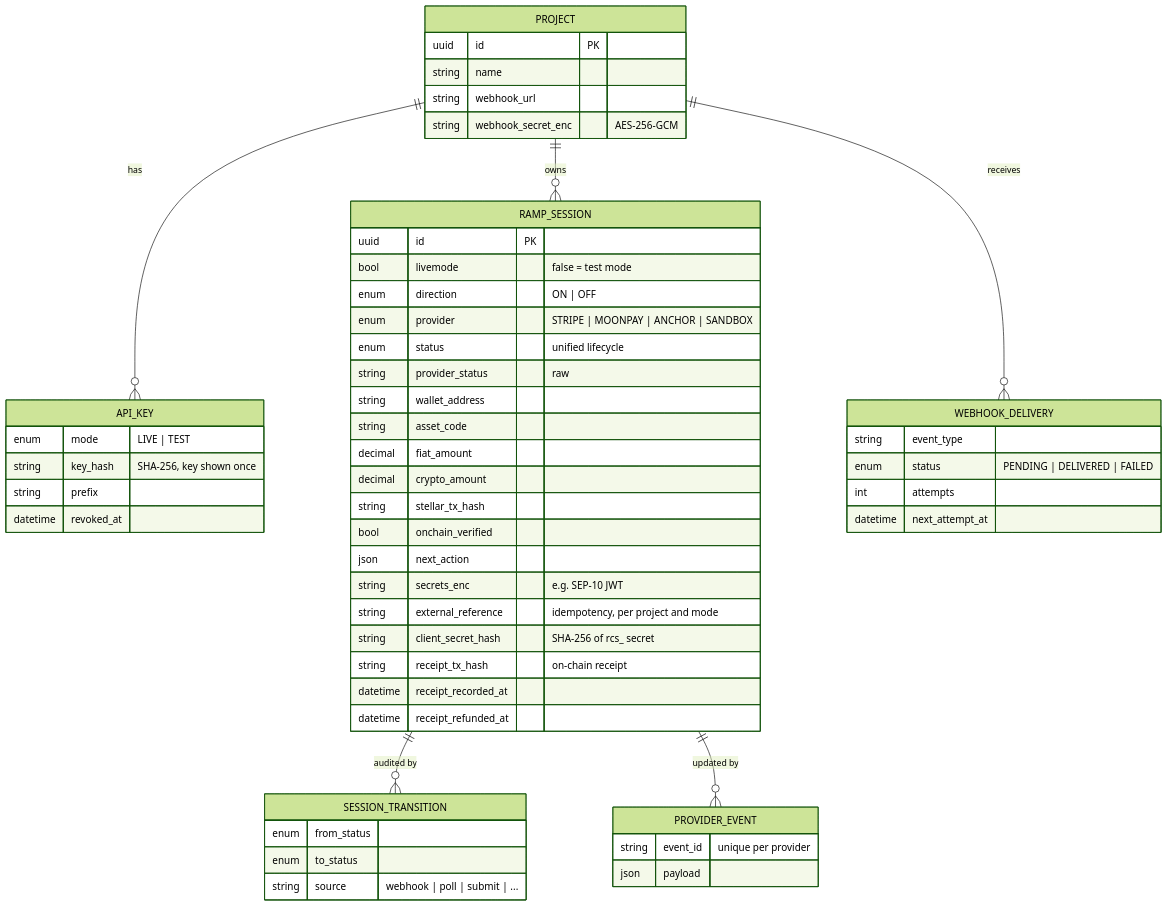
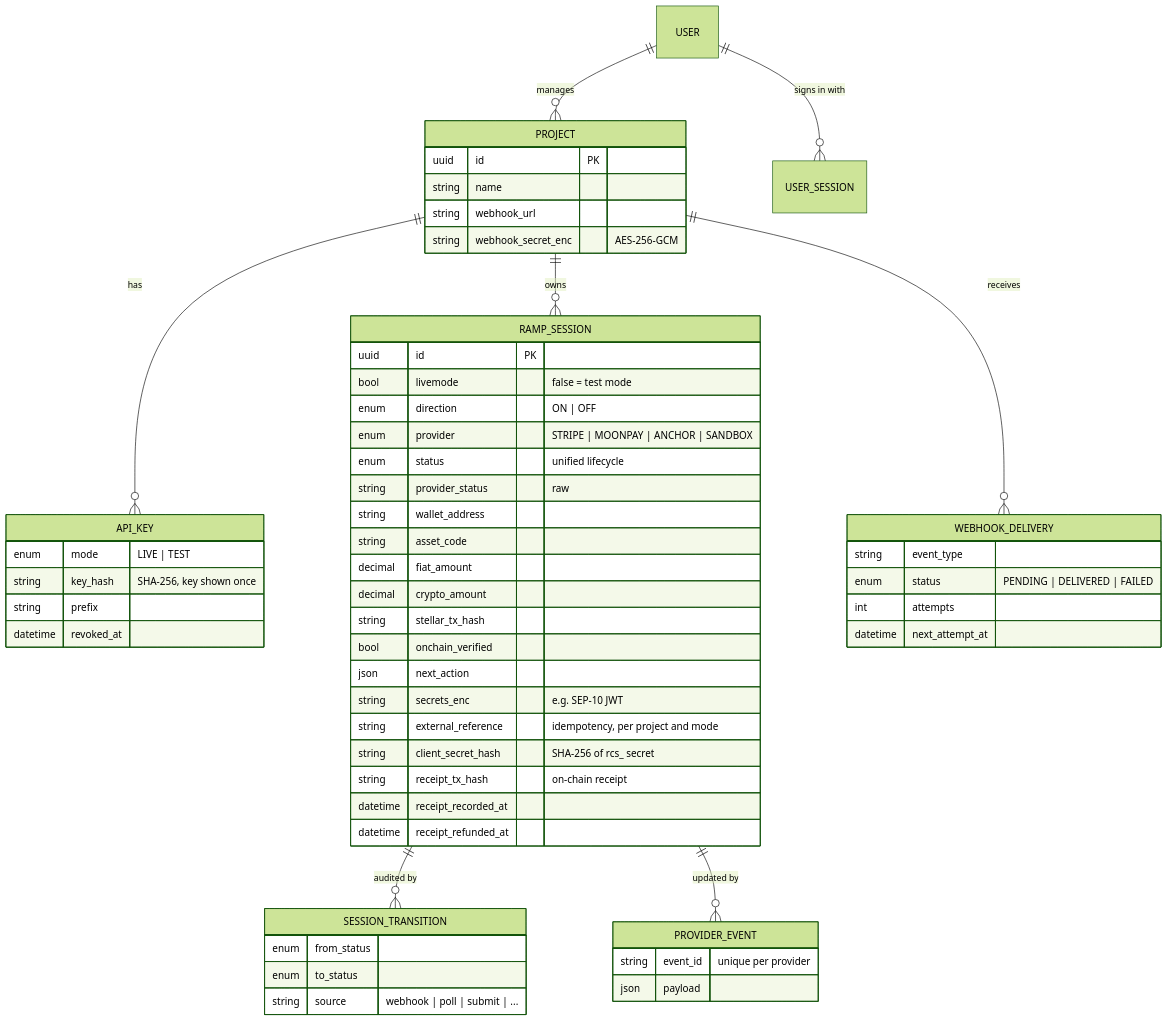
The sixth of 6 diagrams in docs/reference.md (icylilac/Rampart), drawn with Mermaid (forest theme) before and after one commit. The commit also changed other lines of this file and 29 other files, not shown here.

````diff
--- a/docs/reference.md
+++ b/docs/reference.md
@@ -355,57 +389,59 @@
 ```mermaid
 erDiagram
+  USER ||--o{ PROJECT : manages
+  USER ||--o{ USER_SESSION : "signs in with"
   PROJECT ||--o{ API_KEY : "has"
   PROJECT ||--o{ RAMP_SESSION : owns
   PROJECT ||--o{ WEBHOOK_DELIVERY : receives
   RAMP_SESSION ||--o{ SESSION_TRANSITION : "audited by"
   RAMP_SESSION ||--o{ PROVIDER_EVENT : "updated by"
 
   PROJECT {
     uuid id PK
     string name
     string webhook_url
     string webhook_secret_enc "AES-256-GCM"
   }
   API_KEY {
     enum mode "LIVE | TEST"
     string key_hash "SHA-256, key shown once"
     string prefix
     datetime revoked_at
   }
   RAMP_SESSION {
     uuid id PK
     bool livemode "false = test mode"
     enum direction "ON | OFF"
     enum provider "STRIPE | MOONPAY | ANCHOR | SANDBOX"
     enum status "unified lifecycle"
     string provider_status "raw"
     string wallet_address
     string asset_code
     decimal fiat_amount
     decimal crypto_amount
     string stellar_tx_hash
     bool onchain_verified
     json next_action
     string secrets_enc "e.g. SEP-10 JWT"
     string external_reference "idempotency, per project and mode"
     string client_secret_hash "SHA-256 of rcs_ secret"
     string receipt_tx_hash "on-chain receipt"
     datetime receipt_recorded_at
     datetime receipt_refunded_at
   }
   SESSION_TRANSITION {
     enum from_status
     enum to_status
     string source "webhook | poll | submit | ..."
   }
   PROVIDER_EVENT {
     string event_id "unique per provider"
     json payload
   }
   WEBHOOK_DELIVERY {
     string event_type
     enum status "PENDING | DELIVERED | FAILED"
     int attempts
     datetime next_attempt_at
   }
 ```
````
